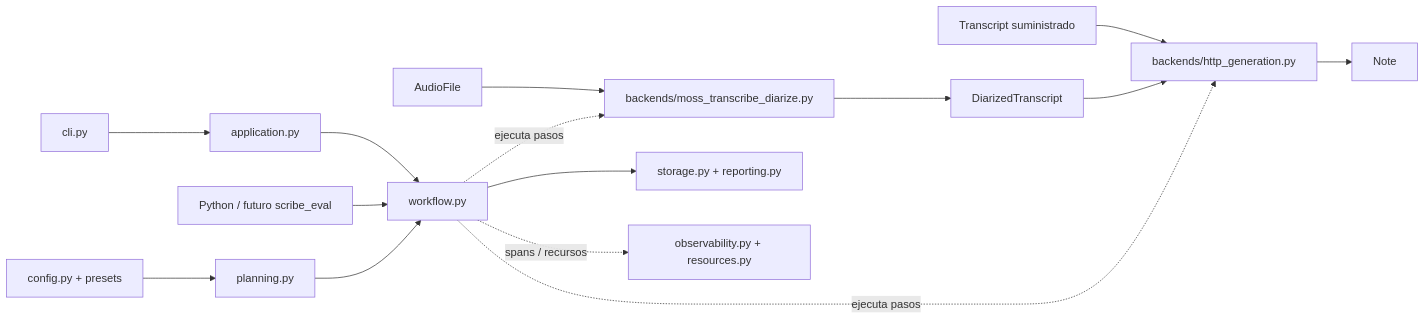
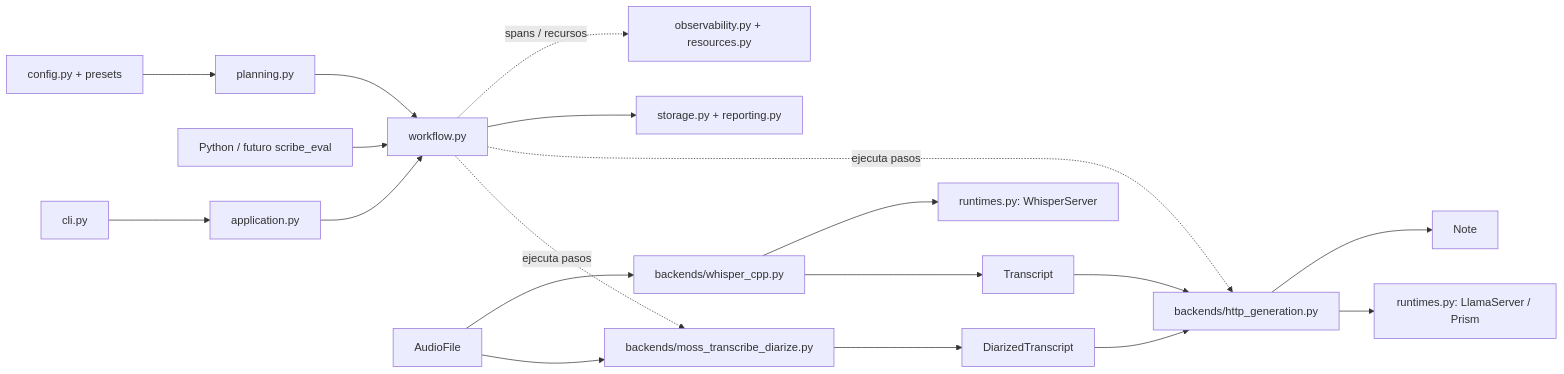
One commit to eljoserass/scribnic changed the diagram in README.md. Above: the diagram before and after it, drawn with Mermaid. The commit also changed other lines of this file and 26 other files, not shown here.

````diff
--- a/README.md
+++ b/README.md
@@ -370,17 +430,21 @@
 ```mermaid
 flowchart LR
     CLI[cli.py] --> APP[application.py]
     APP --> CORE[workflow.py]
     PY[Python / futuro scribe_eval] --> CORE
     CFG[config.py + presets] --> PLAN[planning.py]
     PLAN --> CORE
     WAV[AudioFile] --> MOSS[backends/moss_transcribe_diarize.py]
     MOSS --> DT[DiarizedTranscript]
-    TXT[Transcript suministrado] --> GEN[backends/http_generation.py]
+    WAV --> WHISPER[backends/whisper_cpp.py]
+    WHISPER --> TXT[Transcript]
+    WHISPER --> WS[runtimes.py: WhisperServer]
+    GEN --> LS[runtimes.py: LlamaServer / Prism]
+    TXT --> GEN[backends/http_generation.py]
     DT --> GEN
     GEN --> NOTE[Note]
     CORE -. ejecuta pasos .-> MOSS
     CORE -. ejecuta pasos .-> GEN
     CORE --> STORE[storage.py + reporting.py]
     CORE -. spans / recursos .-> OTEL[observability.py + resources.py]
 ```
````
